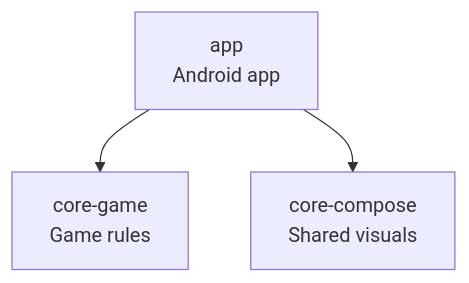
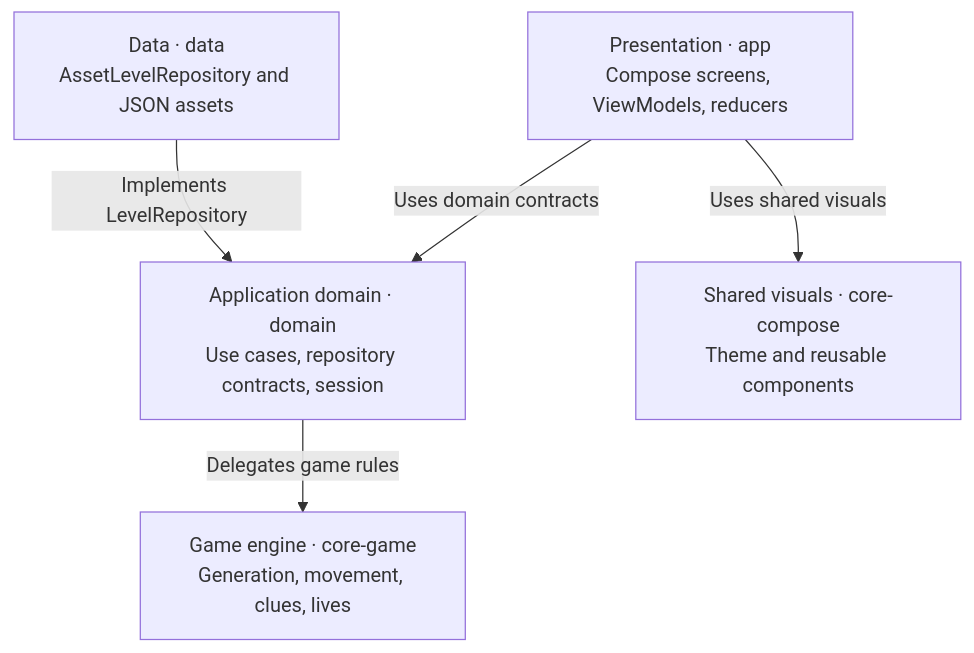
One commit to mohodroid/mine-sweaper changed the first of 5 diagrams in README.md. Above: the diagram before and after it, drawn with Mermaid. The commit also changed other lines of this file and 133 other files, not shown here.

First line of the commit message:
Refactor into clean architecture modules and feature MVI

````diff
--- a/README.md
+++ b/README.md
@@ -78,8 +94,13 @@
 ```mermaid
-flowchart TB
-    App["app<br/>Android app"]
-    Game["core-game<br/>Game rules"]
-    Compose["core-compose<br/>Shared visuals"]
-    App --> Game
-    App --> Compose
+flowchart TD
+    Presentation["Presentation · app<br/>Compose screens, ViewModels, reducers"]
+    Domain["Application domain · domain<br/>Use cases, repository contracts, session"]
+    Data["Data · data<br/>AssetLevelRepository and JSON assets"]
+    Engine["Game engine · core-game<br/>Generation, movement, clues, lives"]
+    Visuals["Shared visuals · core-compose<br/>Theme and reusable components"]
+
+    Presentation -->|Uses domain contracts| Domain
+    Presentation -->|Uses shared visuals| Visuals
+    Data -->|Implements LevelRepository| Domain
+    Domain -->|Delegates game rules| Engine
 ```
````
